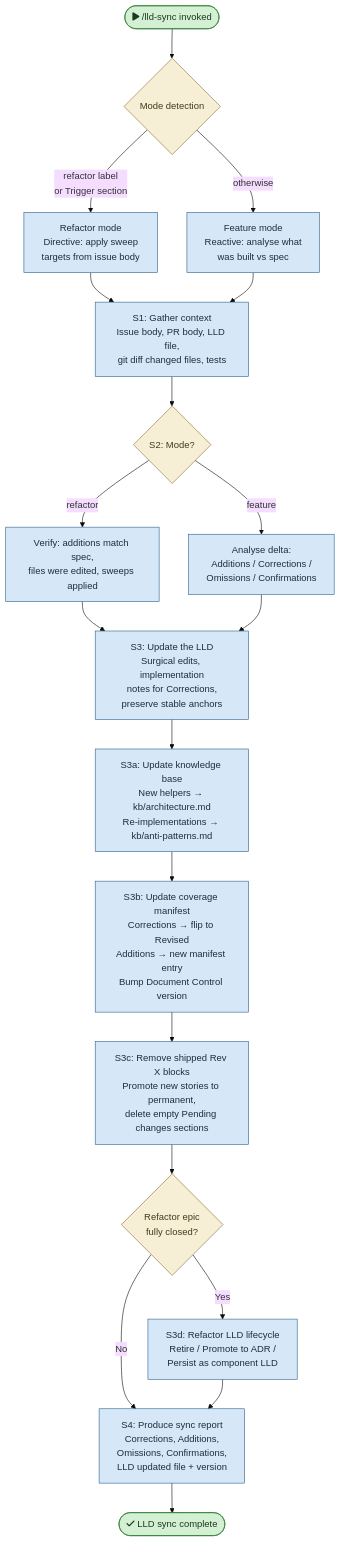
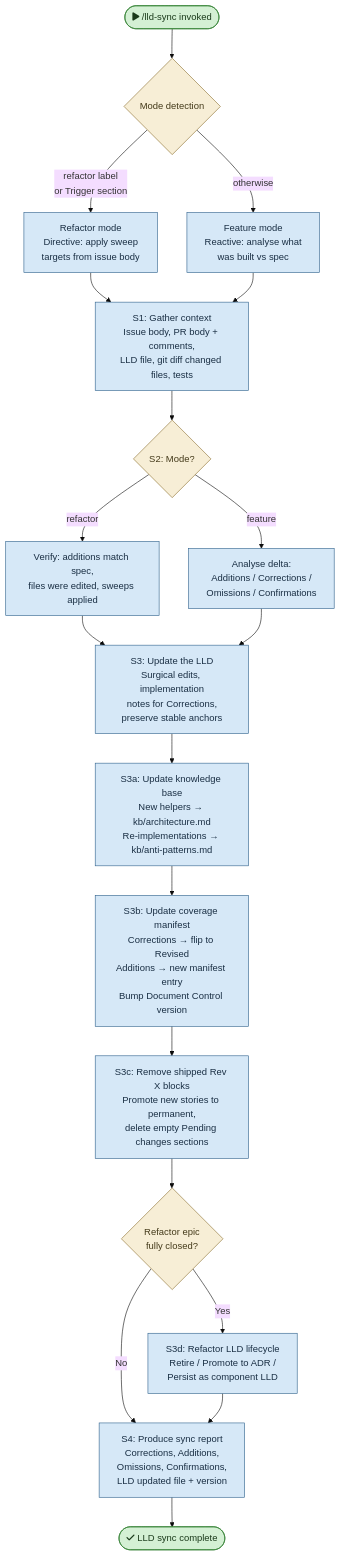
The diagram in plugins/edf/skills/lld-sync/flowchart.md (mironyx/engineering-delivery-framework), drawn with Mermaid (base theme) before and after one commit. The commit also changed 3 other files, not shown here.

````diff
--- a/plugins/edf/skills/lld-sync/flowchart.md
+++ b/plugins/edf/skills/lld-sync/flowchart.md
@@ -5,46 +5,46 @@
 ```mermaid
 flowchart TD
     START(["fa:fa-play /lld-sync invoked"]) --> MODE
 
     MODE{"Mode detection"} -->|"refactor label<br/>or Trigger section"| REFACTOR["Refactor mode<br/>Directive: apply sweep<br/>targets from issue body"]
     MODE -->|"otherwise"| FEATURE["Feature mode<br/>Reactive: analyse what<br/>was built vs spec"]
 
     REFACTOR --> S1
     FEATURE --> S1
 
-    S1["S1: Gather context<br/>Issue body, PR body, LLD file,<br/>git diff changed files, tests"]
+    S1["S1: Gather context<br/>Issue body, PR body + comments,<br/>LLD file, git diff changed files, tests"]
 
     S1 --> S2
 
     S2{"S2: Mode?"} -->|"refactor"| S2_REF["Verify: additions match spec,<br/>files were edited, sweeps applied"]
     S2 -->|"feature"| S2_FEAT["Analyse delta:<br/>Additions / Corrections /<br/>Omissions / Confirmations"]
 
     S2_REF --> S3
     S2_FEAT --> S3
 
     S3["S3: Update the LLD<br/>Surgical edits, implementation<br/>notes for Corrections,<br/>preserve stable anchors"]
 
     S3 --> S3A["S3a: Update knowledge base<br/>New helpers → kb/architecture.md<br/>Re-implementations → kb/anti-patterns.md"]
 
     S3A --> S3B["S3b: Update coverage manifest<br/>Corrections → flip to Revised<br/>Additions → new manifest entry<br/>Bump Document Control version"]
 
     S3B --> S3C["S3c: Remove shipped Rev X blocks<br/>Promote new stories to permanent,<br/>delete empty Pending changes sections"]
 
     S3C --> S3D_CHECK{"Refactor epic<br/>fully closed?"}
     S3D_CHECK -->|"Yes"| S3D["S3d: Refactor LLD lifecycle<br/>Retire / Promote to ADR /<br/>Persist as component LLD"]
     S3D_CHECK -->|"No"| S4
     S3D --> S4
 
     S4["S4: Produce sync report<br/>Corrections, Additions,<br/>Omissions, Confirmations,<br/>LLD updated file + version"]
 
     S4 --> DONE(["fa:fa-check LLD sync complete"])
 
     %% ── Styles ──
     classDef startend fill:#d4f0d4,stroke:#2d7d2d,color:#1a3a1a
     classDef process fill:#d6e8f7,stroke:#2d5f8a,color:#1a2f44
     classDef decision fill:#f7eed6,stroke:#8a6d2d,color:#443a1a
 
     class START,DONE startend
     class REFACTOR,FEATURE,S1,S2_REF,S2_FEAT,S3,S3A,S3B,S3C,S3D,S4 process
     class MODE,S2,S3D_CHECK decision
 ```
````
